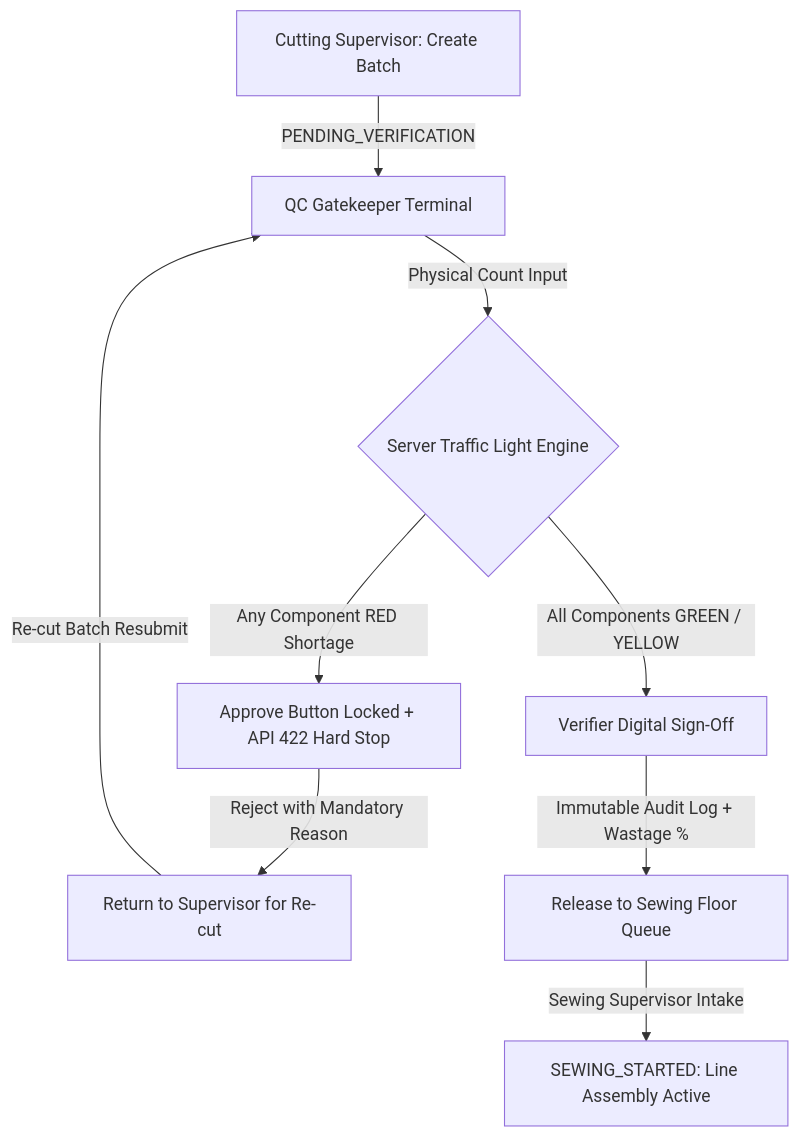
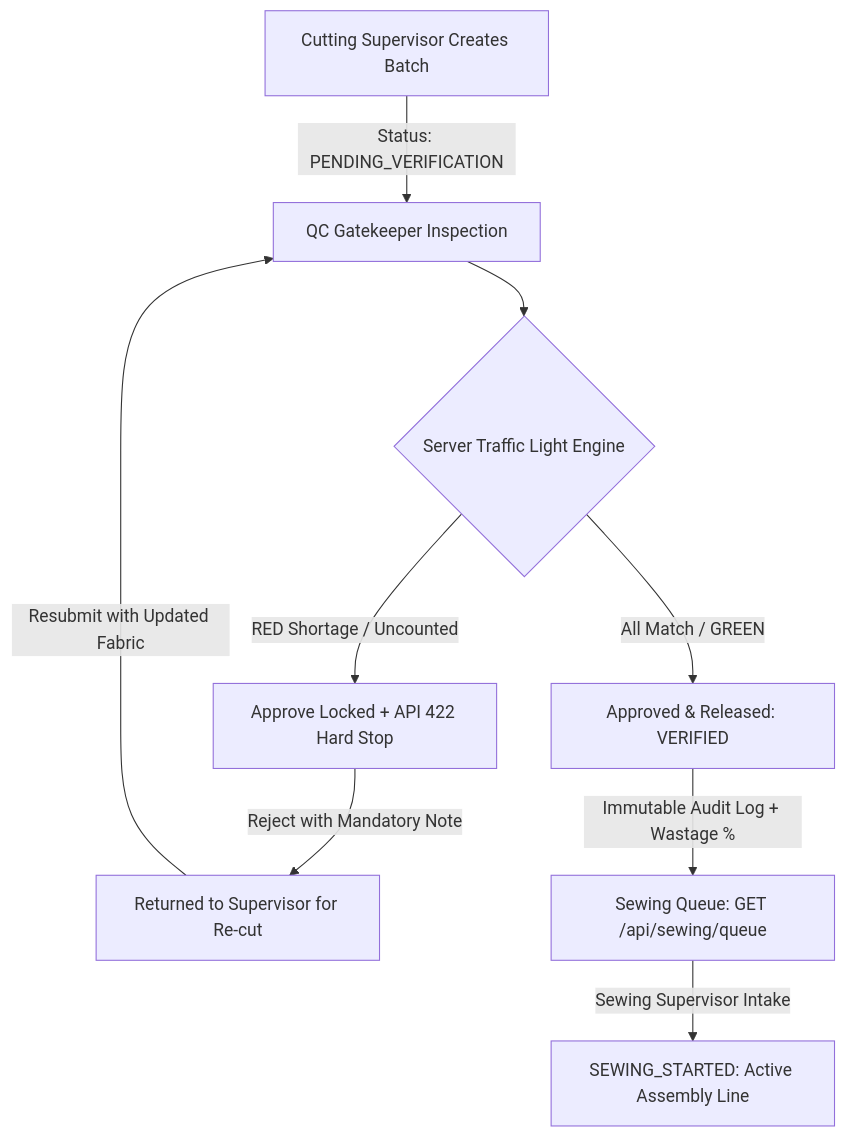
The diagram in AI_OPTIMIZATION_REPORT.md (keshanrandula/apparelflow-cutting-gate), drawn with Mermaid before and after one commit. The commit also changed other lines of this file and 29 other files, not shown here.

Commit message:
Refactor: Clean component architecture, update AI report, deduplicate test suites, and enhance toast UI

````diff
--- a/AI_OPTIMIZATION_REPORT.md
+++ b/AI_OPTIMIZATION_REPORT.md
@@ -69,11 +114,11 @@
 ```mermaid
-graph TD
-    A[Cutting Supervisor: Create Batch] -->|PENDING_VERIFICATION| B[QC Gatekeeper Terminal]
-    B -->|Physical Count Input| C{Server Traffic Light Engine}
-    C -->|Any Component RED Shortage| D[Approve Button Locked + API 422 Hard Stop]
-    C -->|All Components GREEN / YELLOW| E[Verifier Digital Sign-Off]
-    D -->|Reject with Mandatory Reason| F[Return to Supervisor for Re-cut]
-    F -->|Re-cut Batch Resubmit| B
-    E -->|Immutable Audit Log + Wastage %| G[Release to Sewing Floor Queue]
-    G -->|Sewing Supervisor Intake| H[SEWING_STARTED: Line Assembly Active]
+flowchart TD
+    A[Cutting Supervisor Creates Batch] -->|Status: PENDING_VERIFICATION| B[QC Gatekeeper Inspection]
+    B --> C{Server Traffic Light Engine}
+    C -->|RED Shortage / Uncounted| D[Approve Locked + API 422 Hard Stop]
+    C -->|All Match / GREEN| E[Approved & Released: VERIFIED]
+    D -->|Reject with Mandatory Note| F[Returned to Supervisor for Re-cut]
+    F -->|Resubmit with Updated Fabric| B
+    E -->|Immutable Audit Log + Wastage %| G[Sewing Queue: GET /api/sewing/queue]
+    G -->|Sewing Supervisor Intake| H[SEWING_STARTED: Active Assembly Line]
 ```
````
